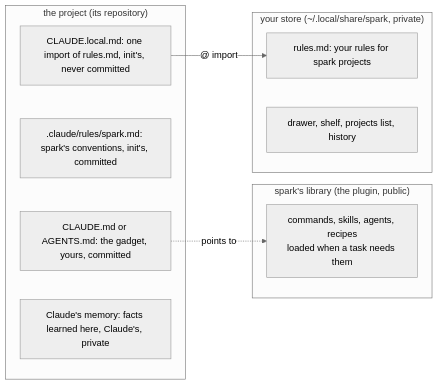
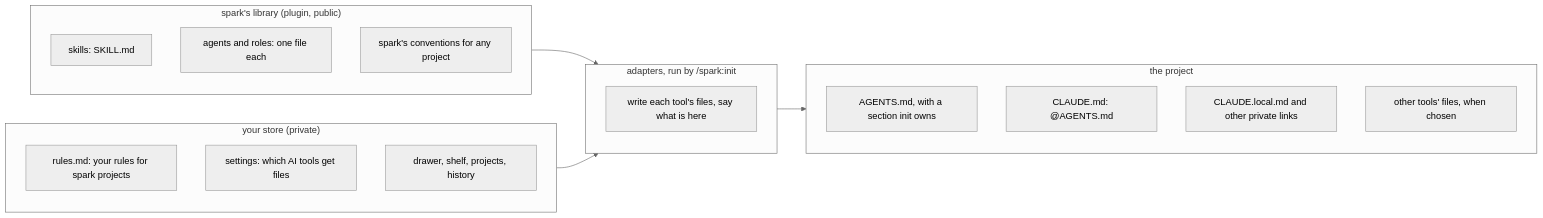
The diagram in docs/discovery/2026-10-13-p216-claude-files.md (xmejkal/spark), drawn with Mermaid (neutral theme) before and after one commit. The commit also changed other lines of this file, not shown here.

Commit message:
P216: the plan becomes a discovery for any AI tool: one source in spark's places, adapters per tool, roles and agents aligned

````diff
--- a/docs/discovery/2026-10-13-p216-claude-files.md
+++ b/docs/discovery/2026-10-13-p216-claude-files.md
@@ -14,18 +34,25 @@
 ```mermaid
 flowchart LR
-  subgraph L["spark's library (the plugin, public)"]
-    L1["commands, skills, agents, recipes<br/>loaded when a task needs them"]
+  subgraph L["spark's library (plugin, public)"]
+    L1["skills: SKILL.md"]
+    L2["agents and roles: one file each"]
+    L3["spark's conventions for any project"]
   end
-  subgraph S["your store (~/.local/share/spark, private)"]
+  subgraph S["your store (private)"]
     S1["rules.md: your rules for spark projects"]
-    S2["drawer, shelf, projects list, history"]
+    S2["settings: which AI tools get files"]
+    S3["drawer, shelf, projects, history"]
   end
-  subgraph P["the project (its repository)"]
-    P1["CLAUDE.md or AGENTS.md: the gadget, yours, committed"]
-    P2[".claude/rules/spark.md: spark's conventions, init's, committed"]
-    P3["CLAUDE.local.md: one import of rules.md, init's, never committed"]
-    P4["Claude's memory: facts learned here, Claude's, private"]
+  subgraph A["adapters, run by /spark:init"]
+    A1["write each tool's files, say what is here"]
   end
-  P3 -- "@ import" --> S1
-  P1 -. "points to" .-> L1
+  subgraph P["the project"]
+    P1["AGENTS.md, with a section init owns"]
+    P2["CLAUDE.md: @AGENTS.md"]
+    P3["CLAUDE.local.md and other private links"]
+    P4["other tools' files, when chosen"]
+  end
+  L --> A
+  S --> A
+  A --> P
 ```
````
